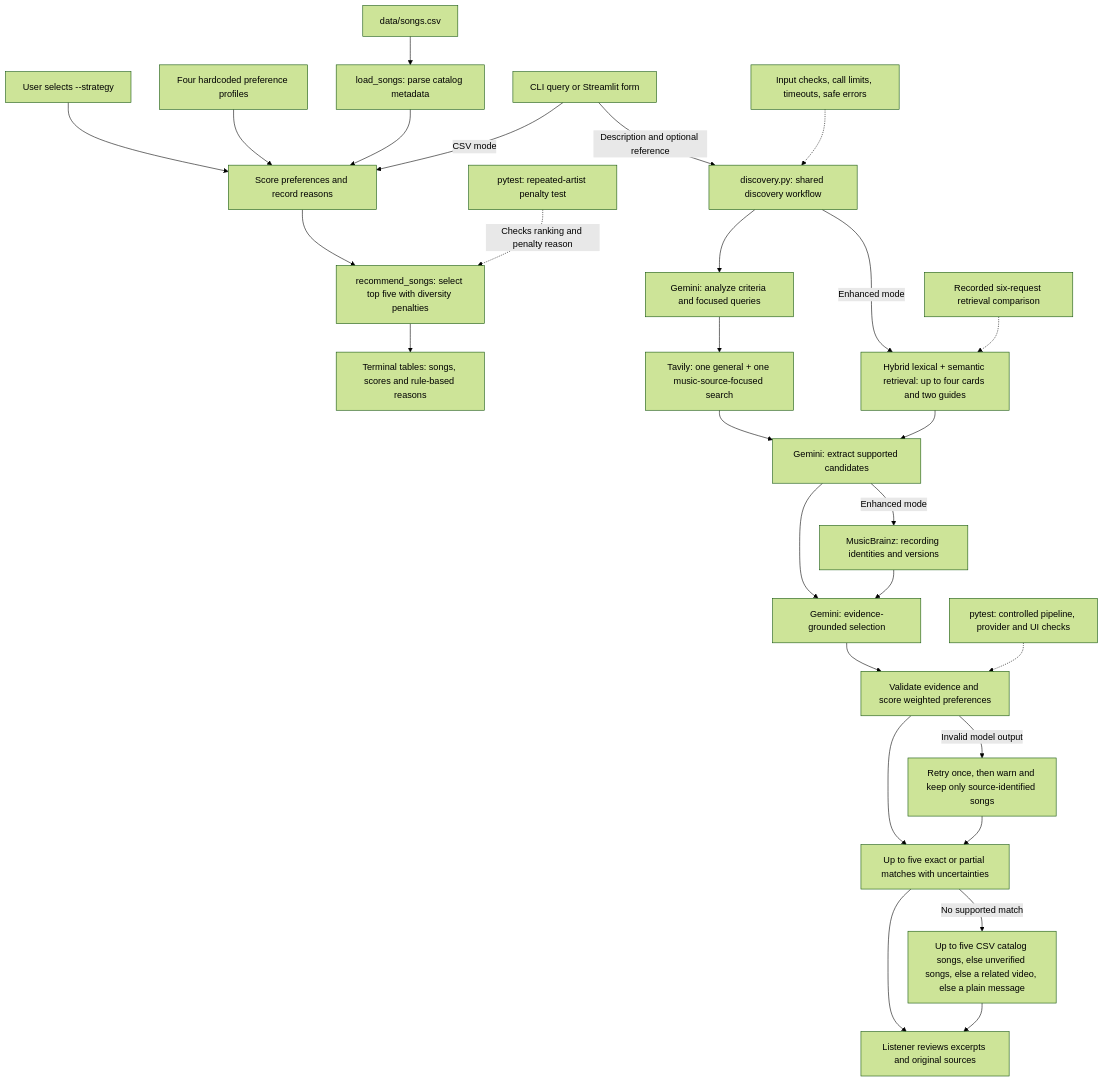
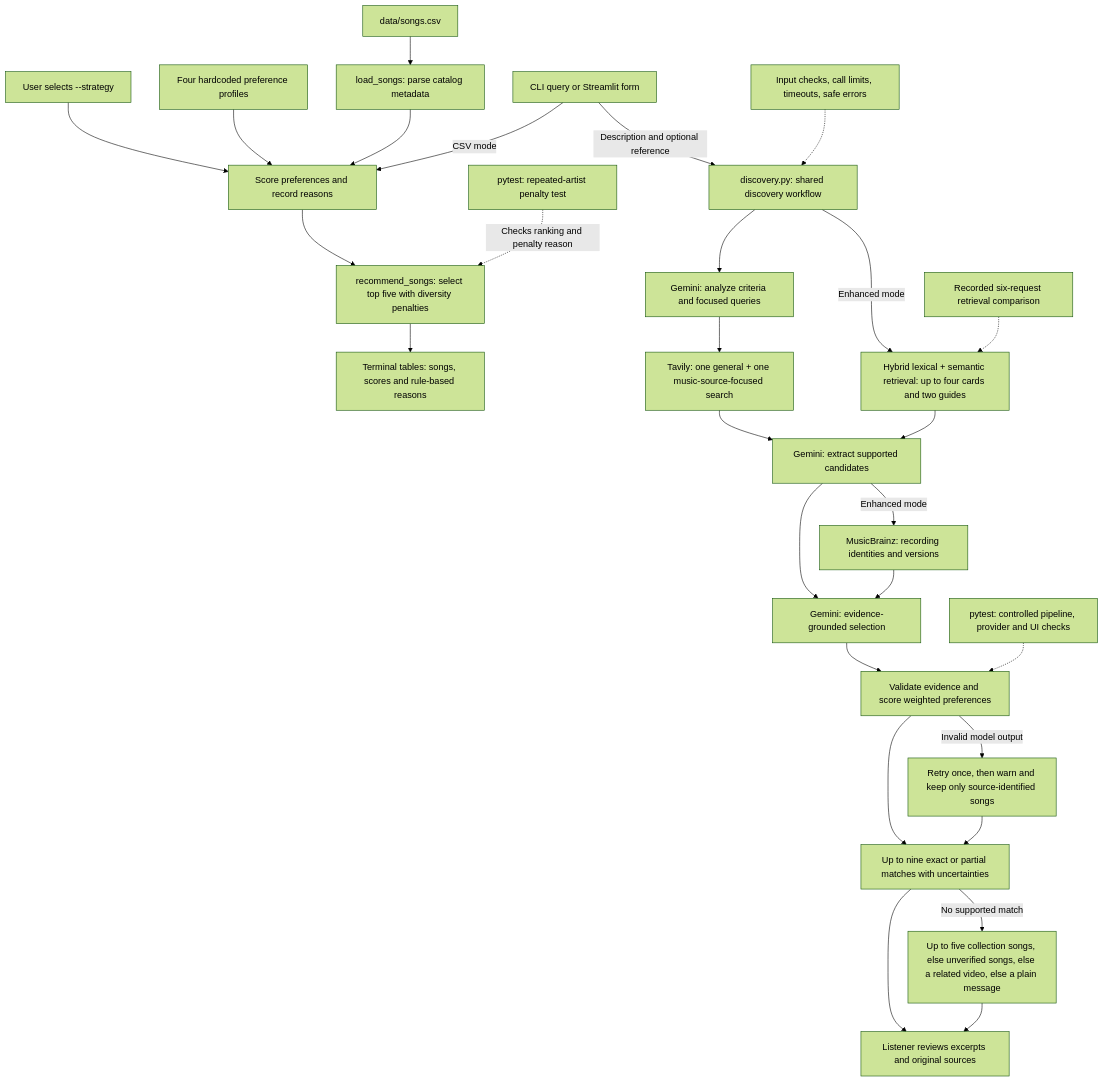
Before and after one commit to KarinaS0uza/applied-ai-music-recommender: the diagram in README.md, drawn with Mermaid (forest theme). The commit also changed other lines of this file and 11 other files, not shown here.

````diff
--- a/README.md
+++ b/README.md
@@ -33,34 +33,34 @@
 ```mermaid
 flowchart TD
     Strategy["User selects --strategy"] --> Scoring["Score preferences and record reasons"]
     Profiles["Four hardcoded preference profiles"] --> Scoring
     Catalog["data/songs.csv"] --> Loader["load_songs: parse catalog metadata"]
     Loader --> Scoring
     Scoring --> Selection["recommend_songs: select top five with diversity penalties"]
     Selection --> Output["Terminal tables: songs, scores and rule-based reasons"]
 
     %% Existing development test, run separately from the application.
     Tests["pytest: repeated-artist penalty test"] -.->|"Checks ranking and penalty reason"| Selection
 
     UI["CLI query or Streamlit form"] -->|"CSV mode"| Scoring
     UI -->|"Description and optional reference"| RAG["discovery.py: shared discovery workflow"]
     RAG --> Intent["Gemini: analyze criteria and focused queries"]
     Intent --> Web["Tavily: one general + one music-source-focused search"]
     RAG -->|"Enhanced mode"| Docs["Hybrid lexical + semantic retrieval: up to four cards and two guides"]
     Web --> Extract["Gemini: extract supported candidates"]
     Docs --> Extract
     Extract -->|"Enhanced mode"| Metadata["MusicBrainz: recording identities and versions"]
     Extract --> Generate["Gemini: evidence-grounded selection"]
     Metadata --> Generate
     Generate --> Validate["Validate evidence and score weighted preferences"]
-    Validate --> Results["Up to five exact or partial matches with uncertainties"]
+    Validate --> Results["Up to nine exact or partial matches with uncertainties"]
     Results --> Human["Listener reviews excerpts and original sources"]
     Checks["pytest: controlled pipeline, provider and UI checks"] -.-> Validate
     Review["Recorded six-request retrieval comparison"] -.-> Docs
 
     Validate -->|"Invalid model output"| Degrade["Retry once, then warn and keep only source-identified songs"]
     Degrade --> Results
-    Results -->|"No supported match"| Fallback["Up to five CSV catalog songs, else unverified songs, else a related video, else a plain message"]
+    Results -->|"No supported match"| Fallback["Up to five collection songs, else unverified songs, else a related video, else a plain message"]
     Fallback --> Human
     Guard["Input checks, call limits, timeouts, safe errors"] -.-> RAG
 ```
````
